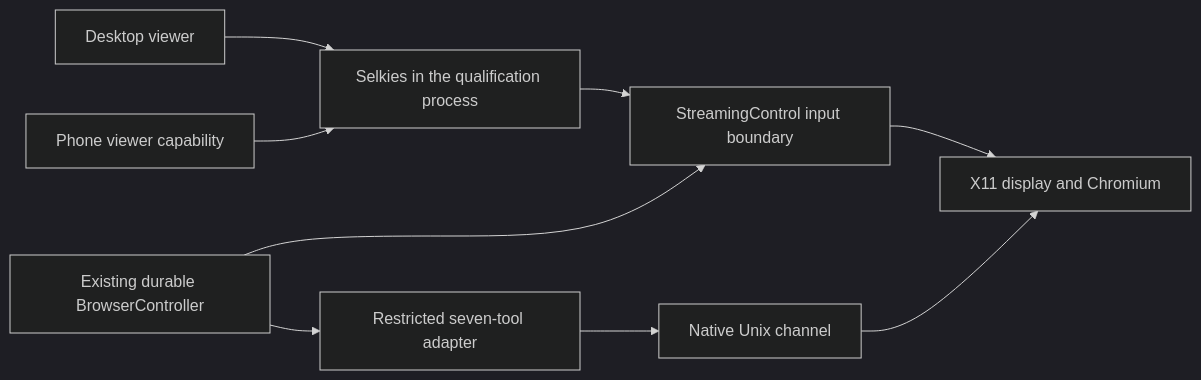
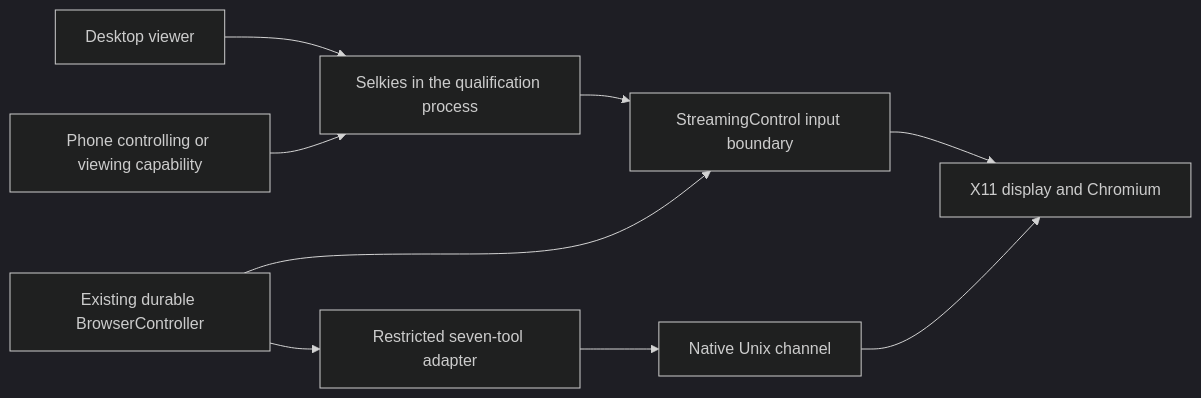
One commit to Running-Digitally/radhouse changed the diagram in runtime/selkies/README.md. Above: the diagram before and after it, drawn with Mermaid (dark theme). The commit also changed other lines of this file and 10 other files, not shown here.

Commit message:
Adopt Selkies browser viewer with unified mobile keyboard pilot

````diff
--- a/runtime/selkies/README.md
+++ b/runtime/selkies/README.md
@@ -19,11 +19,11 @@
 ```mermaid
 flowchart LR
     Desktop[Desktop viewer] --> Selkies[Selkies in the qualification process]
-    Phone[Phone viewer capability] --> Selkies
+    Phone[Phone controlling or viewing capability] --> Selkies
     Selkies --> Gate[StreamingControl input boundary]
     Gate --> X11[X11 display and Chromium]
     Tools[Restricted seven-tool adapter] --> Native[Native Unix channel]
     Native --> X11
     Controller[Existing durable BrowserController] --> Gate
     Controller --> Tools
 ```
````
